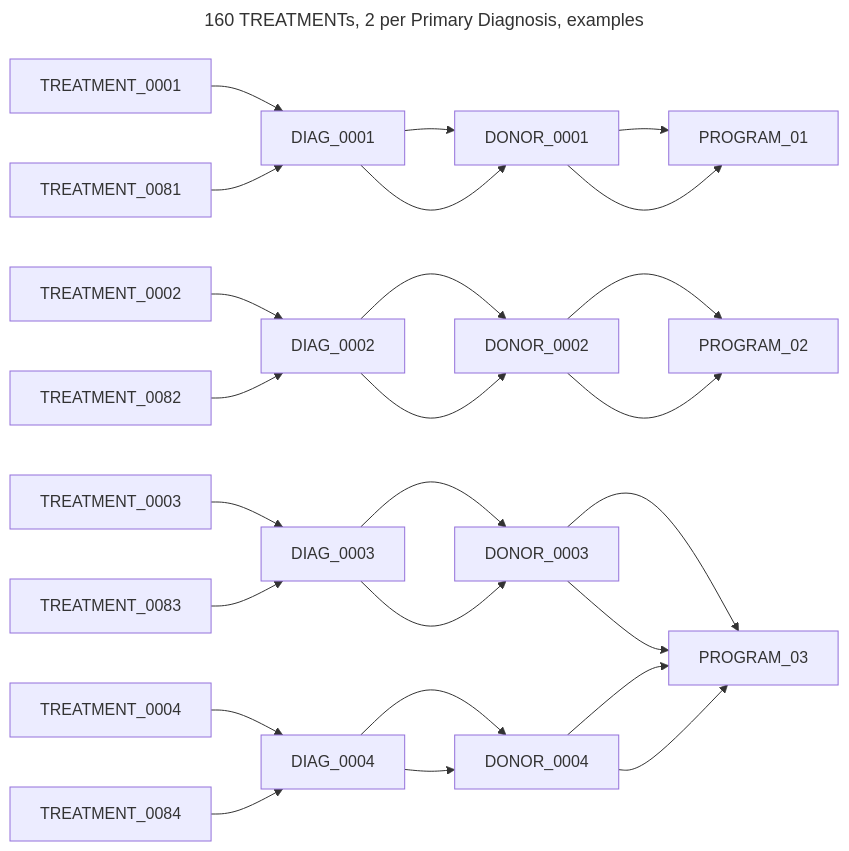
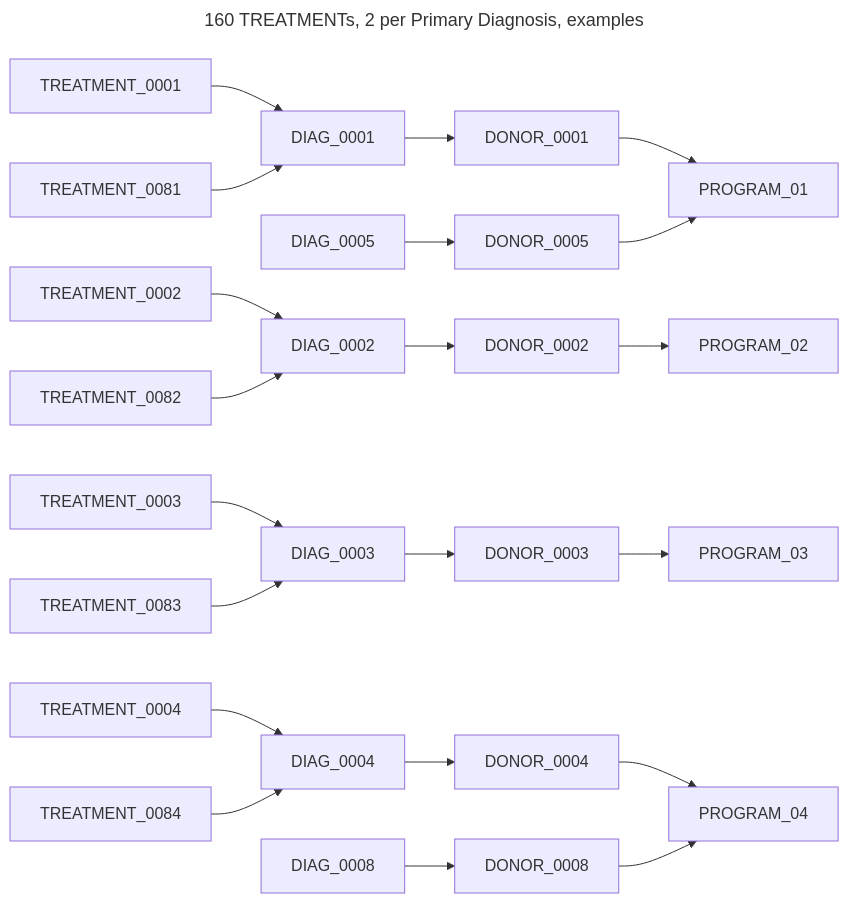
The fifth of 13 diagrams in chord_metadata_service/mohpackets/data/small_dataset/README.md (CanDIG/katsu), drawn with Mermaid before and after one commit. The commit also changed other lines of this file, not shown here.

````diff
--- a/chord_metadata_service/mohpackets/data/small_dataset/README.md
+++ b/chord_metadata_service/mohpackets/data/small_dataset/README.md
@@ -97,14 +97,20 @@
 ```mermaid
 ---
 title: 160 TREATMENTs, 2 per Primary Diagnosis, examples
 ---
 graph LR;  
-  TREATMENT_0001 --> DIAG_0001 --> DONOR_0001 --> PROGRAM_01;
-  TREATMENT_0081 --> DIAG_0001 --> DONOR_0001 --> PROGRAM_01;  
-  TREATMENT_0002 --> DIAG_0002 --> DONOR_0002 --> PROGRAM_02; 
-  TREATMENT_0082 --> DIAG_0002 --> DONOR_0002 --> PROGRAM_02;  
-  TREATMENT_0003 --> DIAG_0003 --> DONOR_0003 --> PROGRAM_03; 
-  TREATMENT_0083 --> DIAG_0003 --> DONOR_0003 --> PROGRAM_03; 
-  TREATMENT_0004 --> DIAG_0004 --> DONOR_0004 --> PROGRAM_03; 
-  TREATMENT_0084 --> DIAG_0004 --> DONOR_0004 --> PROGRAM_03; 
+  DIAG_0001 --> DONOR_0001 --> PROGRAM_01;  
+  DIAG_0005 --> DONOR_0005 --> PROGRAM_01;  
+  DIAG_0002 --> DONOR_0002 --> PROGRAM_02;  
+  DIAG_0003 --> DONOR_0003 --> PROGRAM_03;  
+  DIAG_0004 --> DONOR_0004 --> PROGRAM_04;
+  DIAG_0008 --> DONOR_0008 --> PROGRAM_04;
+  TREATMENT_0001 --> DIAG_0001;
+  TREATMENT_0081 --> DIAG_0001;  
+  TREATMENT_0002 --> DIAG_0002; 
+  TREATMENT_0082 --> DIAG_0002;  
+  TREATMENT_0003 --> DIAG_0003; 
+  TREATMENT_0083 --> DIAG_0003; 
+  TREATMENT_0004 --> DIAG_0004; 
+  TREATMENT_0084 --> DIAG_0004; 
 ```
````
